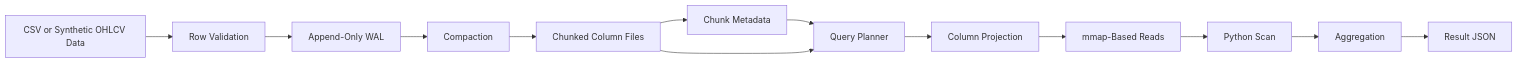
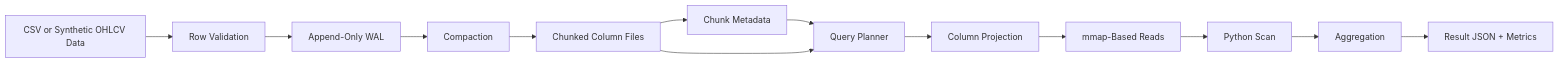
One commit to pitaleabhishek/tickdb changed the first of 2 diagrams in docs/architecture.md. Above: the diagram before and after it, drawn with Mermaid. The commit also changed other lines of this file and 8 other files, not shown here.

````diff
--- a/docs/architecture.md
+++ b/docs/architecture.md
@@ -5,15 +5,15 @@
 ```mermaid
 flowchart LR
     A[CSV or Synthetic OHLCV Data] --> B[Row Validation]
     B --> C[Append-Only WAL]
     C --> D[Compaction]
     D --> E[Chunked Column Files]
     E --> F[Chunk Metadata]
     F --> G[Query Planner]
     E --> G
     G --> H[Column Projection]
     H --> I[mmap-Based Reads]
     I --> J[Python Scan]
     J --> K[Aggregation]
-    K --> L[Result JSON]
+    K --> L[Result JSON + Metrics]
 ```
````
